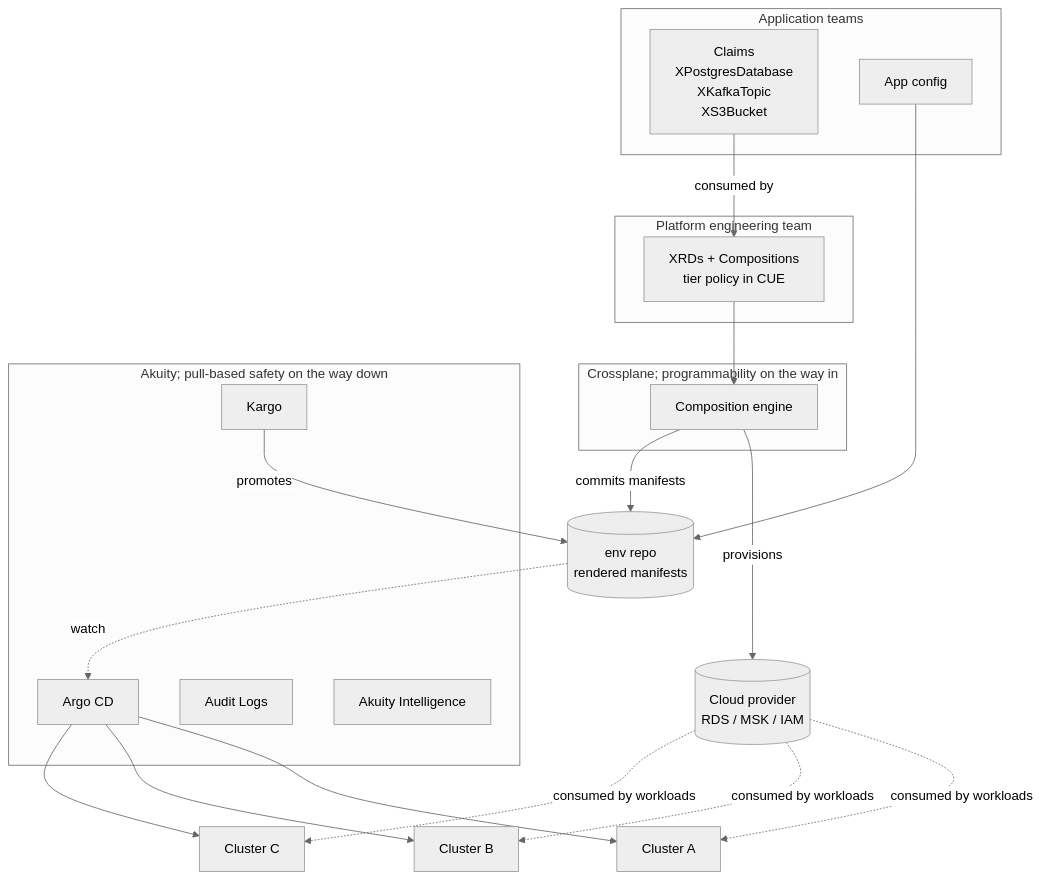
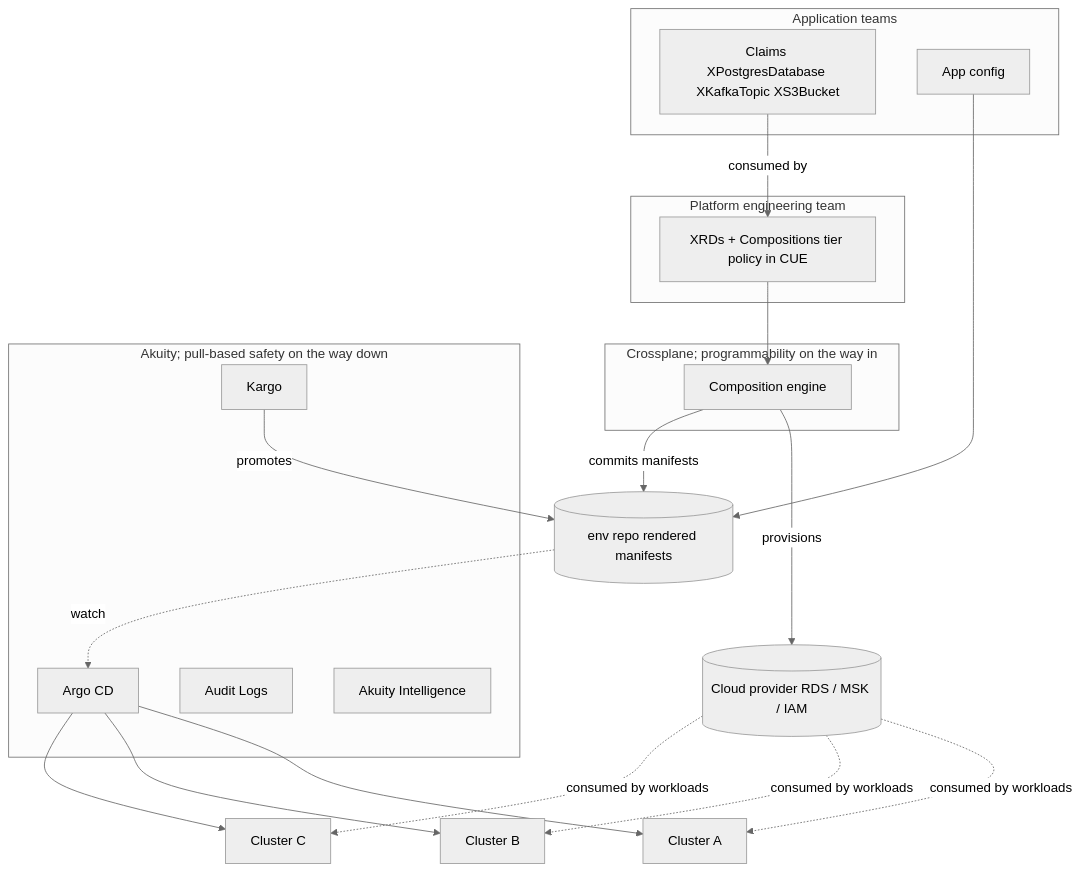
Before and after one commit to Cliftonz/akuity-deployment-examples: the seventh of 10 diagrams in docs/diagrams.md, drawn with Mermaid (neutral theme). The commit also changed other lines of this file, not shown here.

Commit message:
docs/diagrams: drop <br/> tags from mermaid node labels

````diff
--- a/docs/diagrams.md
+++ b/docs/diagrams.md
@@ -197,41 +197,41 @@
 ```mermaid
 flowchart TB
     subgraph AppTeams["Application teams"]
-        Claim[Claims<br/>XPostgresDatabase<br/>XKafkaTopic<br/>XS3Bucket]
+        Claim[Claims XPostgresDatabase XKafkaTopic XS3Bucket]
         AppCode[App config]
     end
 
     subgraph PlatformTeam["Platform engineering team"]
-        XRD[XRDs + Compositions<br/>tier policy in CUE]
+        XRD[XRDs + Compositions tier policy in CUE]
     end
 
     Claim -->|consumed by| XRD
 
     subgraph Crossplane["Crossplane; programmability on the way in"]
         Composer[Composition engine]
     end
 
     XRD --> Composer
-    Composer -->|provisions| CloudInfra[(Cloud provider<br/>RDS / MSK / IAM)]
-    Composer -->|commits manifests| EnvRepo[(env repo<br/>rendered manifests)]
+    Composer -->|provisions| CloudInfra[(Cloud provider RDS / MSK / IAM)]
+    Composer -->|commits manifests| EnvRepo[(env repo rendered manifests)]
 
     AppCode --> EnvRepo
 
     subgraph Akuity["Akuity; pull-based safety on the way down"]
         ArgoCD[Argo CD]
         Kargo[Kargo]
         Audit[Audit Logs]
         Intel[Akuity Intelligence]
     end
 
     EnvRepo -.->|watch| ArgoCD
     Kargo -->|promotes| EnvRepo
 
     ArgoCD --> ClusterA[Cluster A]
     ArgoCD --> ClusterB[Cluster B]
     ArgoCD --> ClusterC[Cluster C]
 
     CloudInfra -.->|consumed by workloads| ClusterA
     CloudInfra -.->|consumed by workloads| ClusterB
     CloudInfra -.->|consumed by workloads| ClusterC
 ```
````
